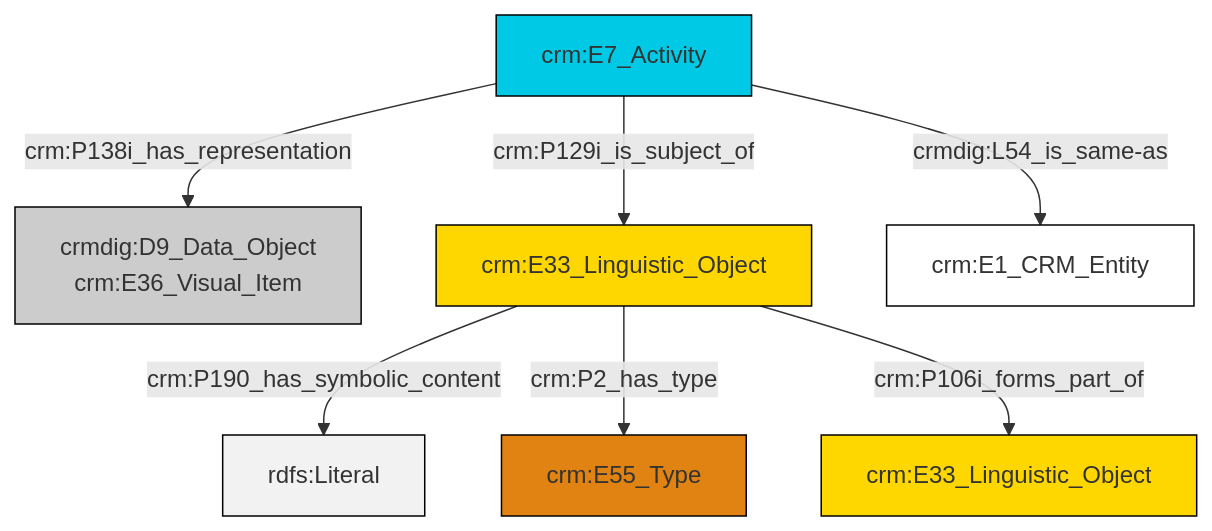
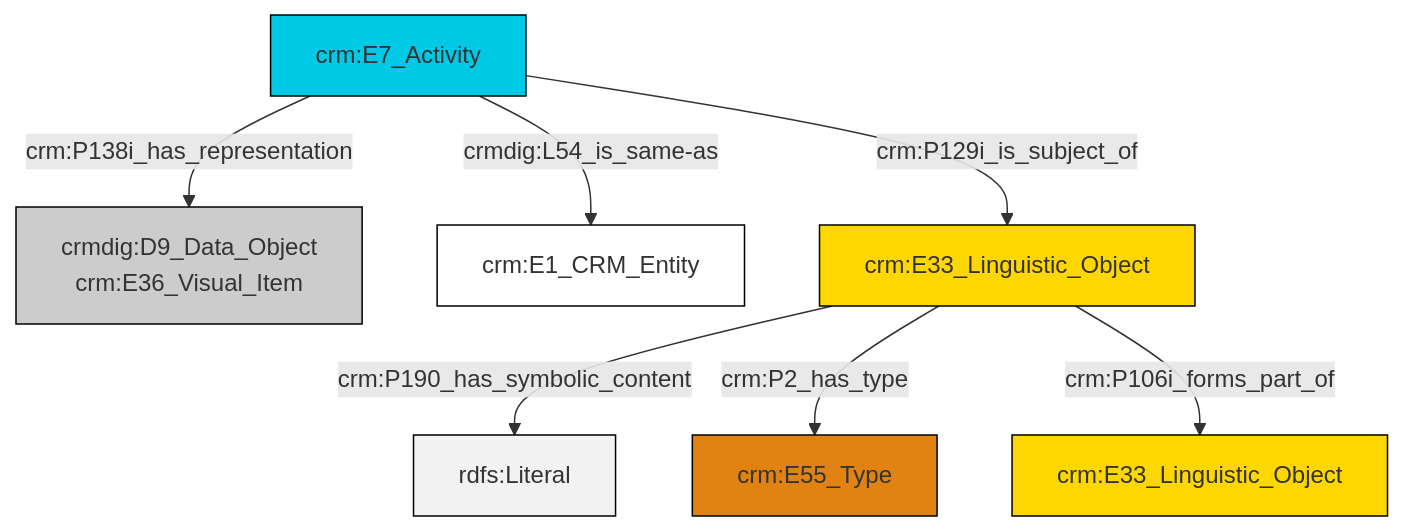
One commit to swiss-art-research-net/docs.swissartresearch changed the diagram in et/eventCSV/ttl/mmd/event_documentation.ttl.mmd. Above: the diagram before and after it, drawn with Mermaid. The commit also changed 178 other files, not shown here.

```diff
--- a/et/eventCSV/ttl/mmd/event_documentation.ttl.mmd
+++ b/et/eventCSV/ttl/mmd/event_documentation.ttl.mmd
@@ -1,21 +1,21 @@
 graph TD
 classDef Literal fill:#f2f2f2,stroke:#000000;
 classDef CRM_Entity fill:#FFFFFF,stroke:#000000;
 classDef Temporal_Entity fill:#00C9E6, stroke:#000000;
 classDef Type fill:#E18312, stroke:#000000;
 classDef Time-Span fill:#2C9C91, stroke:#000000;
 classDef Appellation fill:#FFEB7F, stroke:#000000;
 classDef Place fill:#008836, stroke:#000000;
 classDef Persistent_Item fill:#B266B2, stroke:#000000;
 classDef Conceptual_Object fill:#FFD700, stroke:#000000;
 classDef Physical_Thing fill:#D2B48C, stroke:#000000;
 classDef Actor fill:#f58aad, stroke:#000000;
 classDef PC_Classes fill:#4ce600, stroke:#000000;
 classDef Multi fill:#cccccc,stroke:#000000;
 
-4["crm:E7_Activity"]:::Temporal_Entity -->|crm:P129i_is_subject_of| 5["crm:E33_Linguistic_Object"]:::Conceptual_Object
-5["crm:E33_Linguistic_Object"]:::Conceptual_Object -->|crm:P190_has_symbolic_content| 8[rdfs:Literal]:::Literal
-5["crm:E33_Linguistic_Object"]:::Conceptual_Object -->|crm:P2_has_type| 2["crm:E55_Type"]:::Type
-4["crm:E7_Activity"]:::Temporal_Entity -->|crm:P138i_has_representation| 0["crmdig:D9_Data_Object<br>crm:E36_Visual_Item"]:::Multi
-5["crm:E33_Linguistic_Object"]:::Conceptual_Object -->|crm:P106i_forms_part_of| 6["crm:E33_Linguistic_Object"]:::Conceptual_Object
-4["crm:E7_Activity"]:::Temporal_Entity -->|crmdig:L54_is_same-as| 13["crm:E1_CRM_Entity"]:::CRM_Entity
+2["crm:E7_Activity"]:::Temporal_Entity -->|crmdig:L54_is_same-as| 3["crm:E1_CRM_Entity"]:::CRM_Entity
+5["crm:E33_Linguistic_Object"]:::Conceptual_Object -->|crm:P190_has_symbolic_content| 6[rdfs:Literal]:::Literal
+5["crm:E33_Linguistic_Object"]:::Conceptual_Object -->|crm:P2_has_type| 7["crm:E55_Type"]:::Type
+2["crm:E7_Activity"]:::Temporal_Entity -->|crm:P138i_has_representation| 0["crmdig:D9_Data_Object<br>crm:E36_Visual_Item"]:::Multi
+2["crm:E7_Activity"]:::Temporal_Entity -->|crm:P129i_is_subject_of| 5["crm:E33_Linguistic_Object"]:::Conceptual_Object
+5["crm:E33_Linguistic_Object"]:::Conceptual_Object -->|crm:P106i_forms_part_of| 9["crm:E33_Linguistic_Object"]:::Conceptual_Object
```
